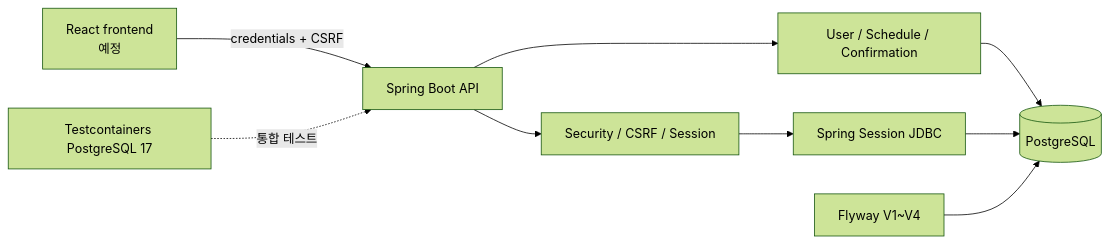
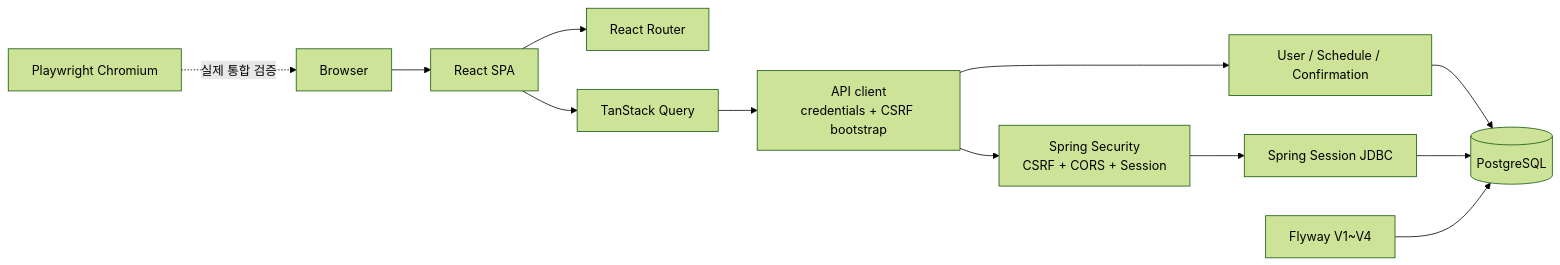
Before and after one commit to wlrjs1300-coder/CalTalkApp: the diagram in README.md, drawn with Mermaid (forest theme). The commit also changed other lines of this file and 6 other files, not shown here.

````diff
--- a/README.md
+++ b/README.md
@@ -59,11 +63,14 @@
 ```mermaid
 flowchart LR
-    UI[React frontend\n예정] -->|credentials + CSRF| API[Spring Boot API]
-    API --> SEC[Security / CSRF / Session]
+    B[Browser] --> SPA[React SPA]
+    SPA --> RR[React Router]
+    SPA --> TQ[TanStack Query]
+    TQ --> API[API client<br/>credentials + CSRF bootstrap]
+    API --> SEC[Spring Security<br/>CSRF + CORS + Session]
     API --> DOMAIN[User / Schedule / Confirmation]
     SEC --> SESSION[Spring Session JDBC]
     DOMAIN --> PG[(PostgreSQL)]
     SESSION --> PG
     FLYWAY[Flyway V1~V4] --> PG
-    TEST[Testcontainers PostgreSQL 17] -. 통합 테스트 .-> API
+    PW[Playwright Chromium] -. 실제 통합 검증 .-> B
 ```
````
